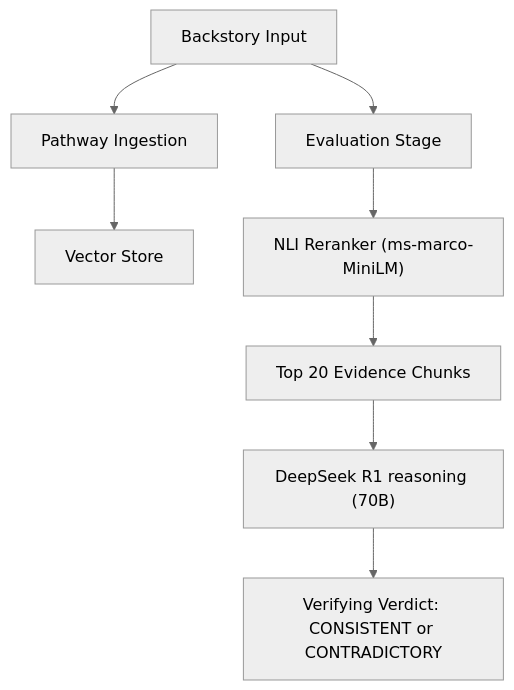
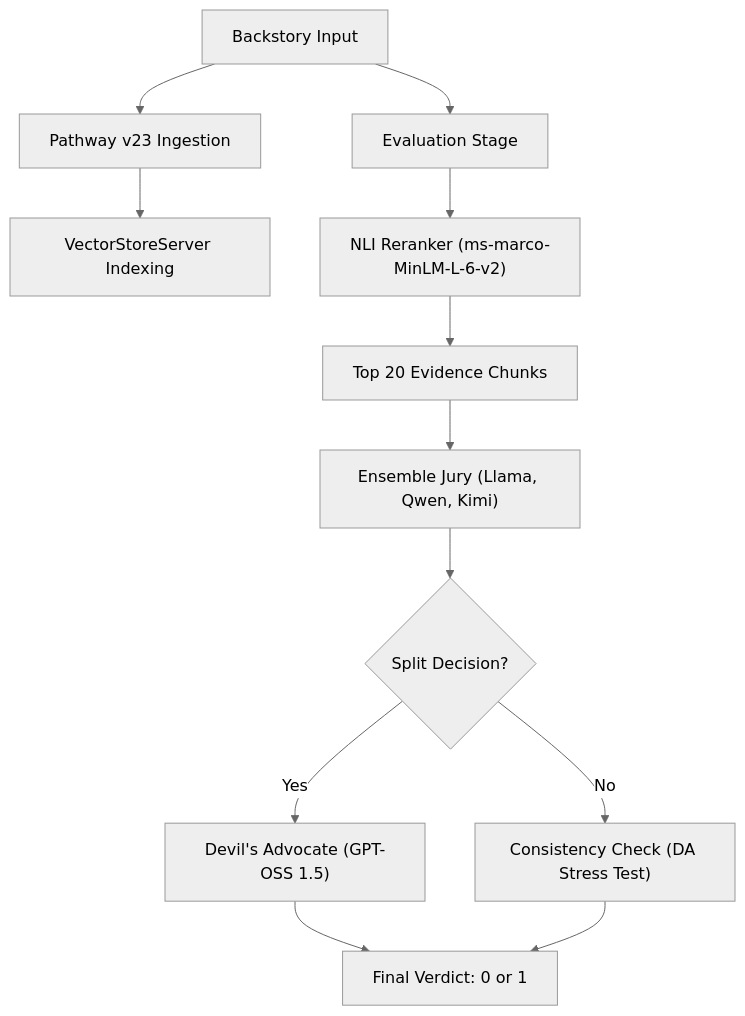
One commit to ArindamTripathi619/epochzero_KDSH_2026 changed the diagram in DOCS/Project_Report.md. Above: the diagram before and after it, drawn with Mermaid (neutral theme). The commit also changed other lines of this file and 2 other files, not shown here.

Commit message:
docs: Final cleanup of DOCS directory

````diff
--- a/DOCS/Project_Report.md
+++ b/DOCS/Project_Report.md
@@ -21,12 +21,16 @@
 ```mermaid
 graph TD
-    A[Backstory Input] --> B[Pathway Ingestion]
-    B --> C[Vector Store]
+    A[Backstory Input] --> B[Pathway v23 Ingestion]
+    B --> C[VectorStoreServer Indexing]
     
     A --> D[Evaluation Stage]
-    D --> E["NLI Reranker (ms-marco-MiniLM)"]
+    D --> E["NLI Reranker (ms-marco-MinLM-L-6-v2)"]
     E --> F["Top 20 Evidence Chunks"]
     
-    F --> G["DeepSeek R1 reasoning (70B)"]
-    G --> H["Verifying Verdict: CONSISTENT or CONTRADICTORY"]
+    F --> G["Ensemble Jury (Llama, Qwen, Kimi)"]
+    G --> H{Split Decision?}
+    H -- Yes --> I["Devil's Advocate (GPT-OSS 1.5)"]
+    H -- No --> J["Consistency Check (DA Stress Test)"]
+    I --> K[Final Verdict: 0 or 1]
+    J --> K
 ```
````
